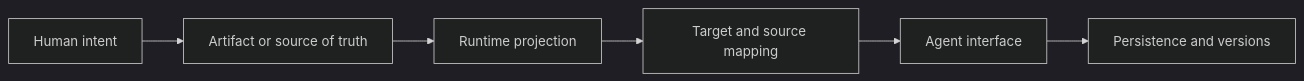
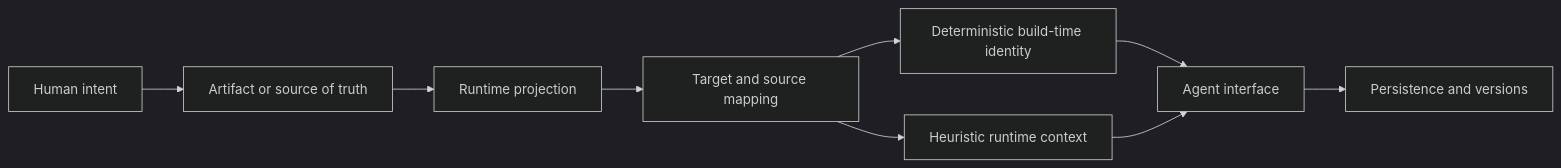
The second of 2 diagrams in README.md (cc1024201/ai-native-design-landscape), drawn with Mermaid (dark theme) before and after one commit. The commit also changed other lines of this file and 1 other file, not shown here.

````diff
--- a/README.md
+++ b/README.md
@@ -110,8 +111,11 @@
 ```mermaid
 flowchart LR
     I[Human intent] --> A[Artifact or source of truth]
     A --> R[Runtime projection]
     R --> M[Target and source mapping]
-    M --> X[Agent interface]
+    M --> D[Deterministic build-time identity]
+    M --> H[Heuristic runtime context]
+    D --> X[Agent interface]
+    H --> X
     X --> P[Persistence and versions]
 ```
````
